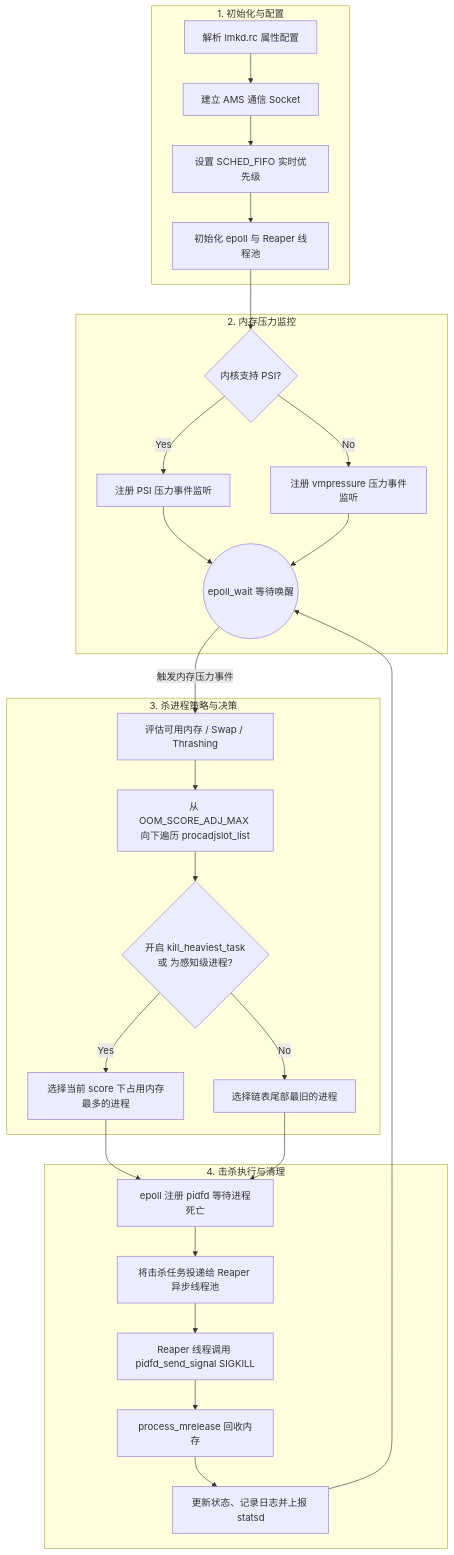
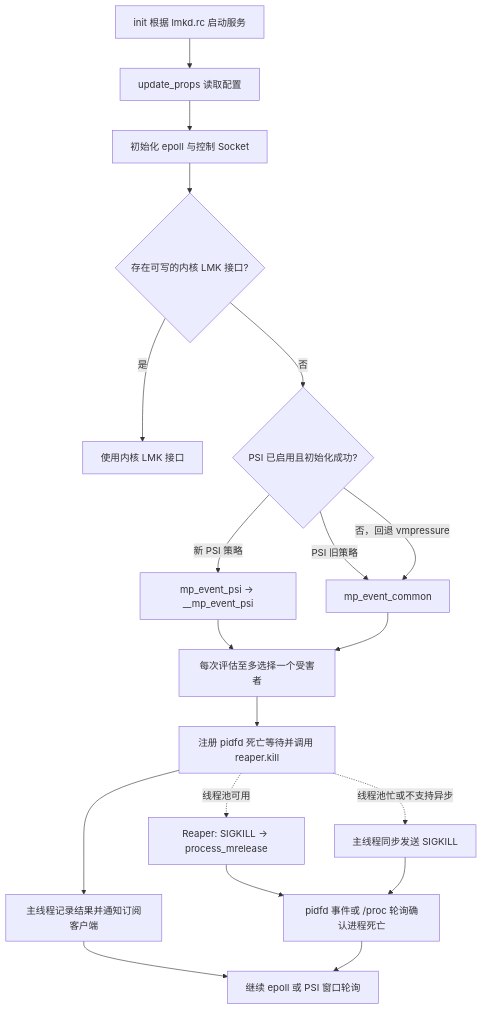
One commit to Ethen-Cao/ethenslab changed the diagram in content/android-dev/perf-stab/lmkd.md. Above: the diagram before and after it, drawn with Mermaid. The commit also changed other lines of this file and 10 other files, not shown here.

````diff
--- a/content/android-dev/perf-stab/lmkd.md
+++ b/content/android-dev/perf-stab/lmkd.md
@@ -21,34 +22,21 @@
 ```mermaid
-graph TD
-    subgraph Initialization ["1. 初始化与配置"]
-        A[解析 lmkd.rc 属性配置] --> B[建立 AMS 通信 Socket]
-        B --> C[设置 SCHED_FIFO 实时优先级]
-        C --> D[初始化 epoll 与 Reaper 线程池]
-    end
-
-    subgraph Monitoring ["2. 内存压力监控"]
-        D --> E{内核支持 PSI?}
-        E -- Yes --> F[注册 PSI 压力事件监听]
-        E -- No --> G[注册 vmpressure 压力事件监听]
-        F --> H((epoll_wait 等待唤醒))
-        G --> H
-    end
-
-    subgraph Strategy ["3. 杀进程策略与决策"]
-        H -- 触发内存压力事件 --> I[评估可用内存 / Swap / Thrashing]
-        I --> J[从 OOM_SCORE_ADJ_MAX 向下遍历 procadjslot_list]
-        J --> K{开启 kill_heaviest_task <br> 或 为感知级进程?}
-        K -- Yes --> L[选择当前 score 下占用内存最多的进程]
-        K -- No --> M[选择链表尾部最旧的进程]
-    end
-
-    subgraph Execution ["4. 击杀执行与清理"]
-        L --> N[epoll 注册 pidfd 等待进程死亡]
-        M --> N
-        N --> O[将击杀任务投递给 Reaper 异步线程池]
-        O --> P[Reaper 线程调用 pidfd_send_signal SIGKILL]
-        P --> Q[process_mrelease 回收内存]
-        Q --> R[更新状态、记录日志并上报 statsd]
-        R --> H
-    end
+flowchart TD
+    A[init 根据 lmkd.rc 启动服务] --> B[update_props 读取配置]
+    B --> C[初始化 epoll 与控制 Socket]
+    C --> D{存在可写的内核 LMK 接口?}
+    D -- 是 --> E[使用内核 LMK 接口]
+    D -- 否 --> F{PSI 已启用且初始化成功?}
+    F -- 新 PSI 策略 --> G[mp_event_psi → __mp_event_psi]
+    F -- PSI 旧策略 --> H[mp_event_common]
+    F -- 否，回退 vmpressure --> H
+    G --> I[每次评估至多选择一个受害者]
+    H --> I
+    I --> J[注册 pidfd 死亡等待并调用 reaper.kill]
+    J --> K[主线程记录结果并通知订阅客户端]
+    J -. 线程池可用 .-> L[Reaper: SIGKILL → process_mrelease]
+    J -. 线程池忙或不支持异步 .-> M[主线程同步发送 SIGKILL]
+    L --> N[pidfd 事件或 /proc 轮询确认进程死亡]
+    M --> N
+    K --> O[继续 epoll 或 PSI 窗口轮询]
+    N --> O
 ```
````
